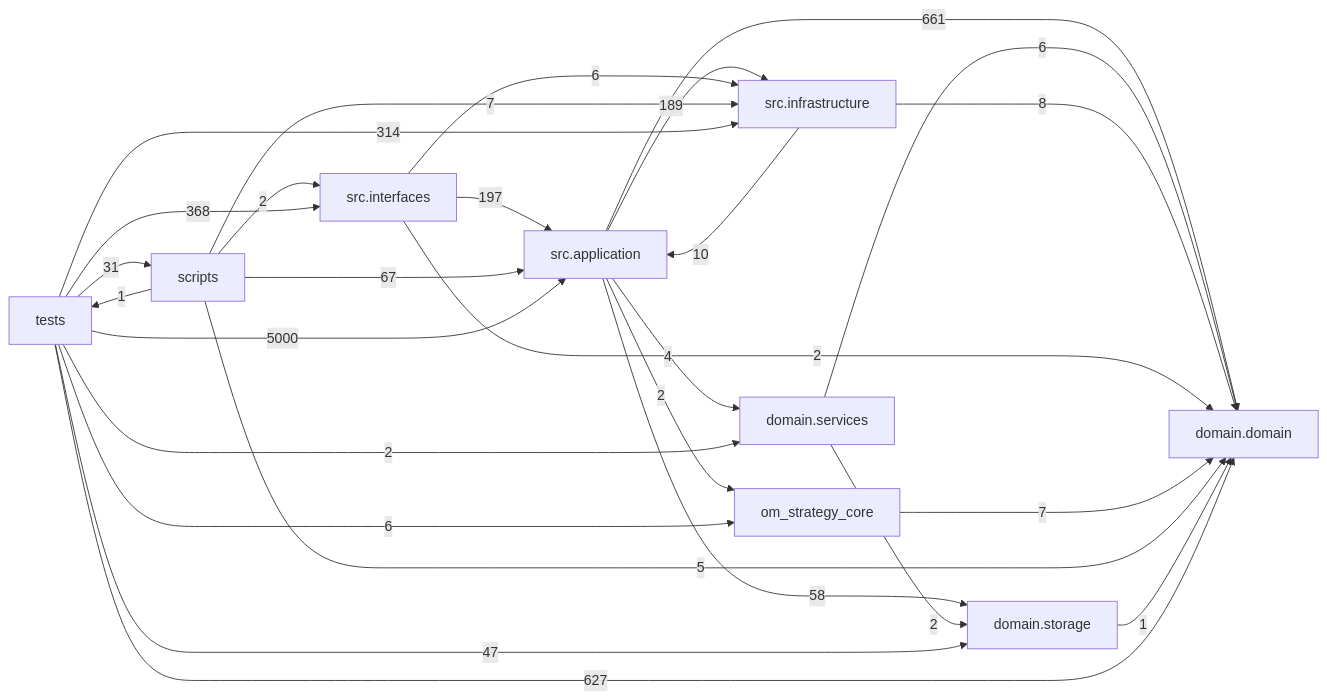
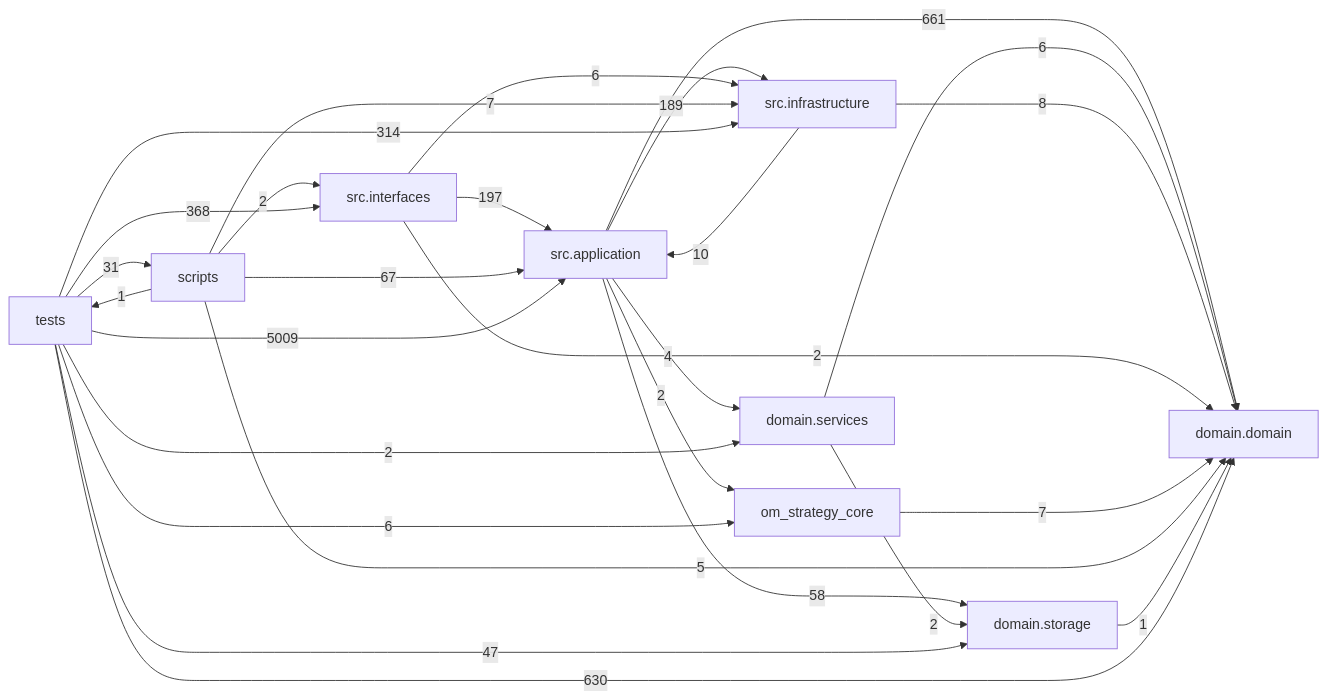
One commit to liuxie066/options-monitor changed the diagram in docs/DEPENDENCY_GRAPH.md. Above: the diagram before and after it, drawn with Mermaid. The commit also changed other lines of this file and 6 other files, not shown here.

````diff
--- a/docs/DEPENDENCY_GRAPH.md
+++ b/docs/DEPENDENCY_GRAPH.md
@@ -24,38 +24,38 @@
 ```mermaid
 flowchart LR
   tests["tests"]
   scripts["scripts"]
   interfaces["src.interfaces"]
   application["src.application"]
   infrastructure["src.infrastructure"]
   domain_services["domain.services"]
   domain["domain.domain"]
   storage["domain.storage"]
   application -->|661| domain
   application -->|4| domain_services
   application -->|189| infrastructure
   application -->|2| om_strategy_core
   application -->|58| storage
   domain_services -->|6| domain
   domain_services -->|2| storage
   infrastructure -->|10| application
   infrastructure -->|8| domain
   interfaces -->|197| application
   interfaces -->|2| domain
   interfaces -->|6| infrastructure
   om_strategy_core -->|7| domain
   scripts -->|67| application
   scripts -->|5| domain
   scripts -->|7| infrastructure
   scripts -->|2| interfaces
   scripts -->|1| tests
   storage -->|1| domain
-  tests -->|5000| application
-  tests -->|627| domain
+  tests -->|5009| application
+  tests -->|630| domain
   tests -->|2| domain_services
   tests -->|314| infrastructure
   tests -->|368| interfaces
   tests -->|6| om_strategy_core
   tests -->|31| scripts
   tests -->|47| storage
 ```
````
